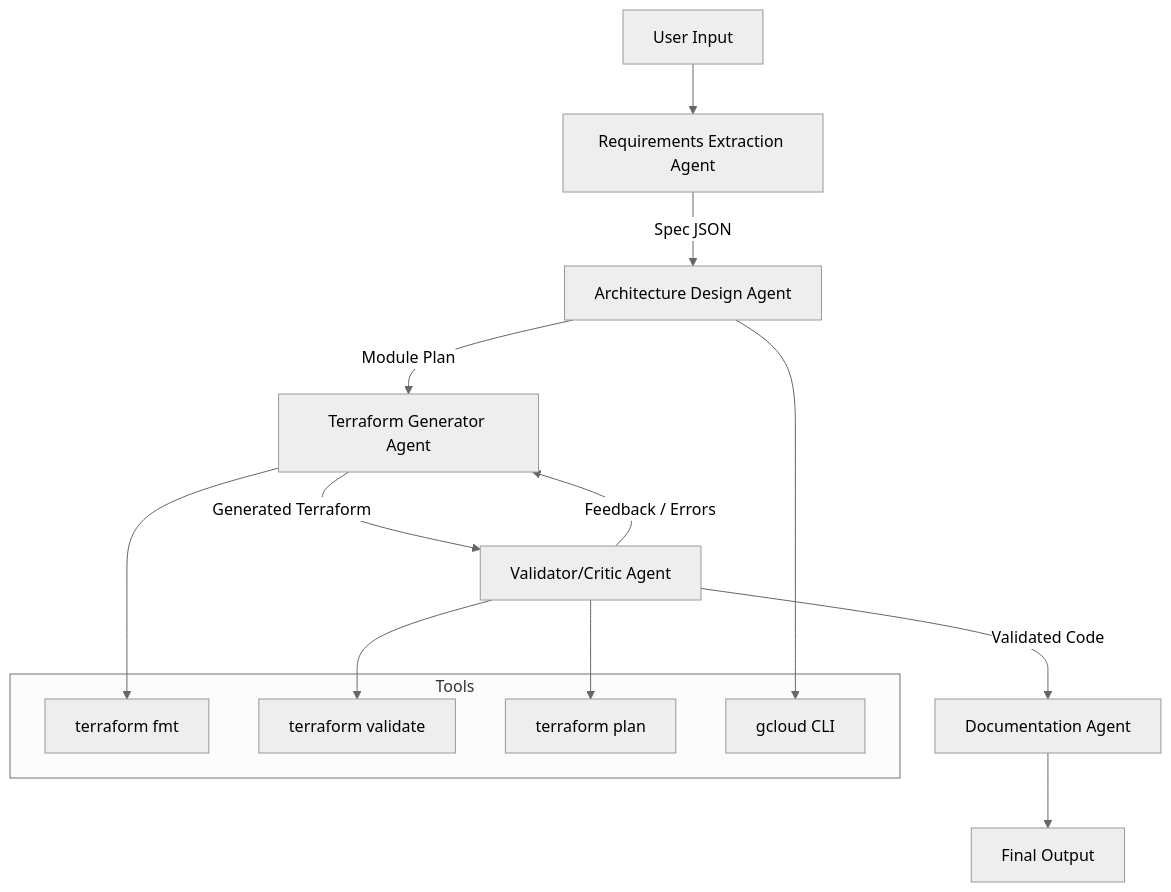
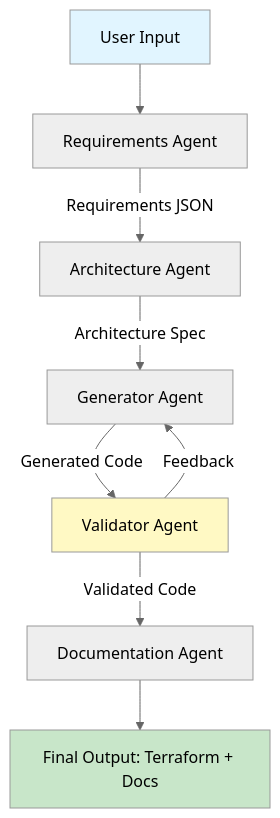
One commit to jja4/terraform_adk_agents changed the first of 2 diagrams in README.md. Above: the diagram before and after it, drawn with Mermaid (neutral theme). The commit also changed other lines of this file and 9 other files, not shown here.

````diff
--- a/README.md
+++ b/README.md
@@ -25,22 +27,14 @@
 ```mermaid
 flowchart TD
-    A[User Input] --> R[Requirements Extraction Agent]
-    R -->|Spec JSON| P[Architecture Design Agent]
-    P -->|Module Plan| G[Terraform Generator Agent]
-    G -->|Generated Terraform| V[Validator/Critic Agent]
-    V -->|Feedback / Errors| G
+    A[User Input] --> R[Requirements Agent]
+    R -->|Requirements JSON| P[Architecture Agent]
+    P -->|Architecture Spec| G[Generator Agent]
+    G -->|Generated Code| V[Validator Agent]
+    V -->|Feedback| G
     V -->|Validated Code| D[Documentation Agent]
-    D --> O[Final Output]
+    D --> O[Final Output: Terraform + Docs]
 
-    subgraph Tools
-        T1[terraform fmt]
-        T2[terraform validate]
-        T3[terraform plan]
-        T4[gcloud CLI]
-    end
-
-    G --> T1
-    V --> T2
-    V --> T3
-    P --> T4
+    style A fill:#e1f5ff
+    style O fill:#c8e6c9
+    style V fill:#fff9c4
 ```
````
